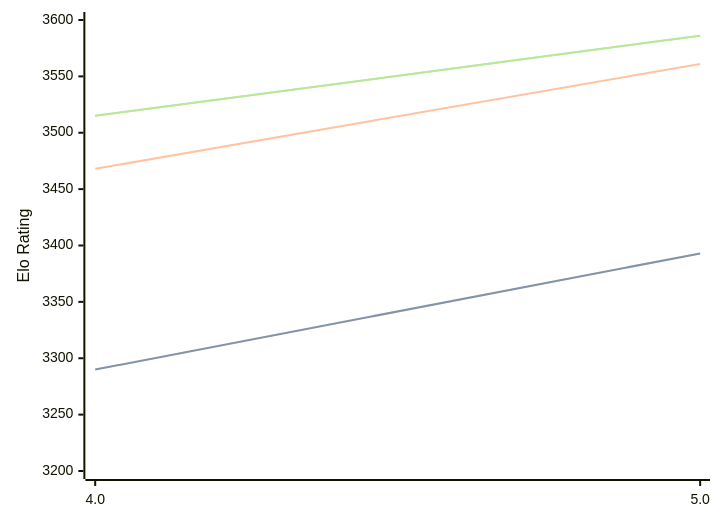
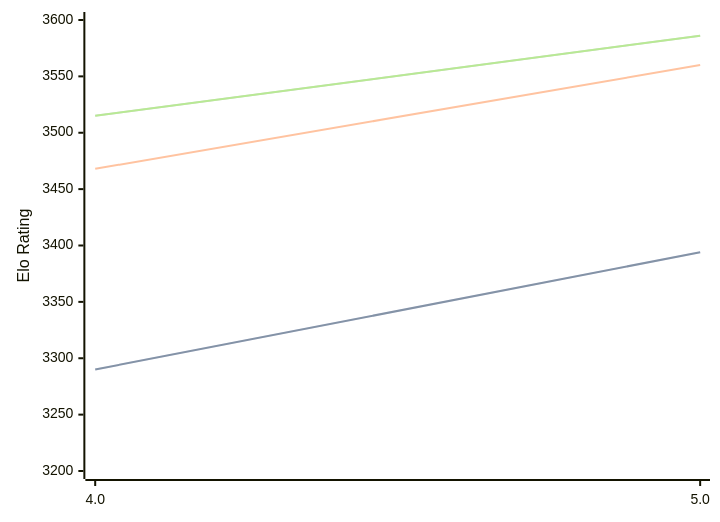
The diagram in engines/Tarnished.md (computer-chess-index/cci), drawn with Mermaid before and after one commit. The commit also changed other lines of this file, not shown here.

Commit message:
Update CCI Ratings (ELO VLTC) - 2026-03-16

````diff
--- a/engines/Tarnished.md
+++ b/engines/Tarnished.md
@@ -34,11 +34,11 @@
 ```mermaid
 %%{init: {"theme":"base","themeVariables":{"seriesColors:['#a3a3a3','#222221','#faa371']}}}%%
 xychart-beta
   x-axis ["4.0", "5.0"]
   y-axis "Elo Rating" 3200 --> 3600
-  line "STC (8.0+0.08s)" [3290, 3393]
-  line "STC (8.0+0.08s)" [3290, 3393]
-  line "LTC (60.0+0.60s)" [3468, 3561]
+  line "STC (8.0+0.08s)" [3290, 3394]
+  line "STC (8.0+0.08s)" [3290, 3394]
+  line "LTC (60.0+0.60s)" [3468, 3560]
   line "VLTC (2m24s+1.12s)" [3515, 3586]
   line "VLTC (2m24s+1.12s)" [3515, 3586]
 ```
````
